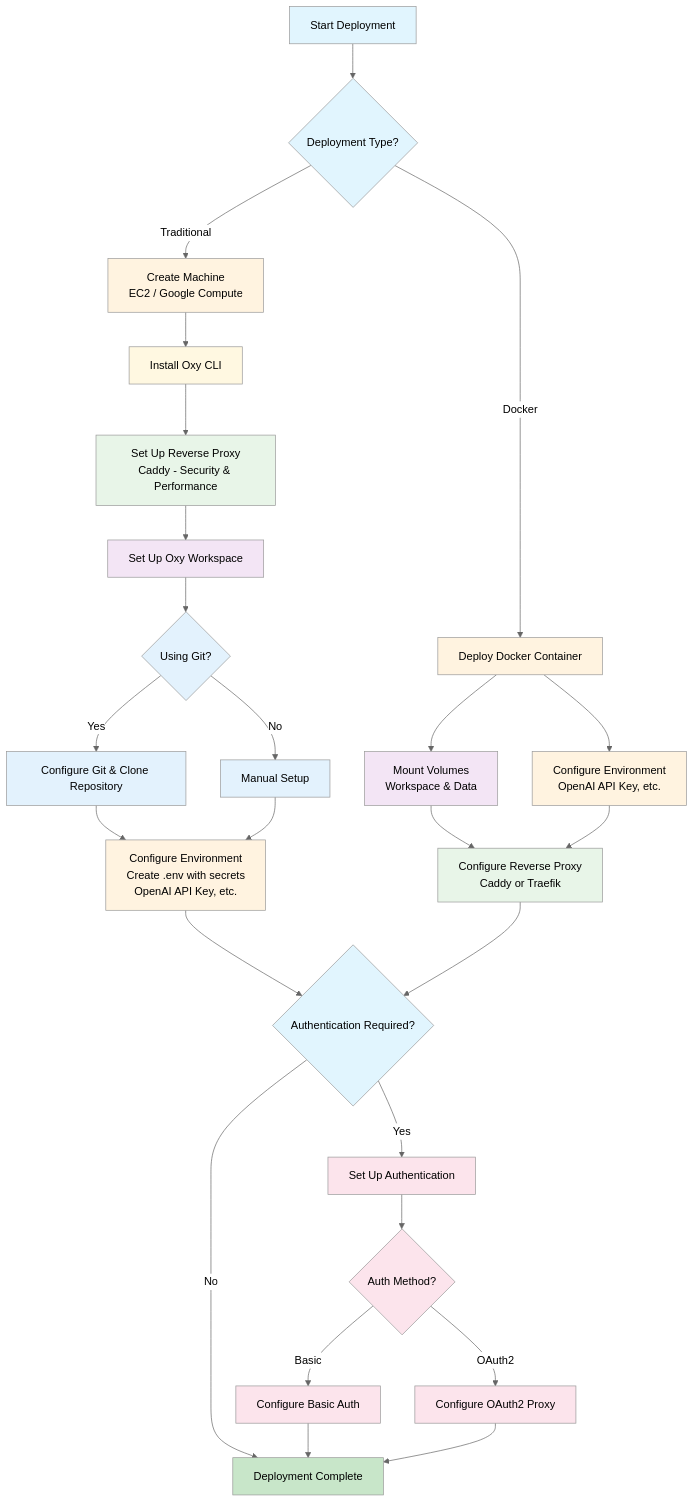
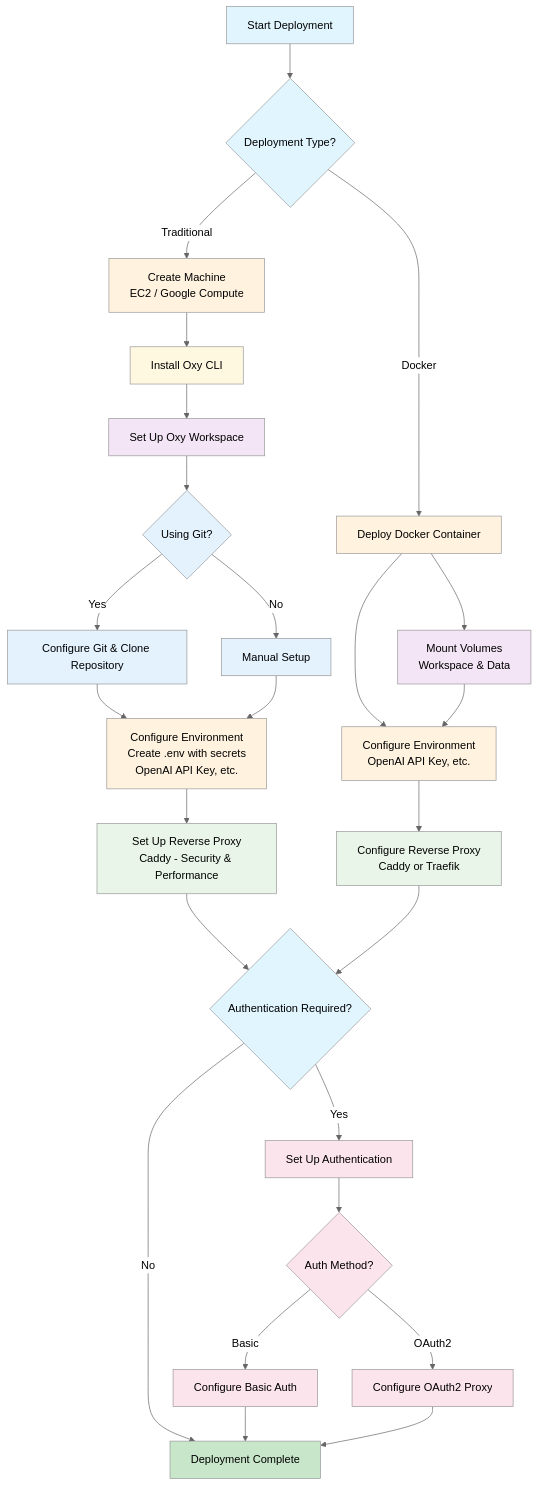
One commit to oxy-hq/oxy changed the diagram in docs/deployment/index.mdx. Above: the diagram before and after it, drawn with Mermaid (neutral theme). The commit also changed other lines of this file, not shown here.

Commit message:
docs: reorganize mermaid chart and deployment steps

````diff
--- a/docs/deployment/index.mdx
+++ b/docs/deployment/index.mdx
@@ -28,48 +28,48 @@
 ```mermaid
 flowchart TD
     A[Start Deployment] --> Z{Deployment Type?}
     Z -->|Traditional| B[Create Machine\nEC2 / Google Compute]
     Z -->|Docker| Docker[Deploy Docker Container]
     B --> C[Install Oxy CLI]
-    C --> D[Set Up Reverse Proxy\nCaddy - Security & Performance]
-    Docker --> DockerV[Mount Volumes\nWorkspace & Data]
-    Docker --> DockerE[Configure Environment\nOpenAI API Key, etc.]
-    DockerV --> DockerR[Configure Reverse Proxy\nCaddy or Traefik]
-    DockerE --> DockerR
-    D --> E[Set Up Oxy Workspace]
+    C --> E[Set Up Oxy Workspace]
     E --> F{Using Git?}
     F -->|Yes| G[Configure Git & Clone Repository]
     F -->|No| H[Manual Setup]
     G --> I[Configure Environment\nCreate .env with secrets\nOpenAI API Key, etc.]
     H --> I
-    I --> J{Authentication Required?}
+    I --> D[Set Up Reverse Proxy\nCaddy - Security & Performance]
+    Docker --> DockerV[Mount Volumes\nWorkspace & Data]
+    Docker --> DockerE[Configure Environment\nOpenAI API Key, etc.]
+    DockerE --> DockerR[Configure Reverse Proxy\nCaddy or Traefik]
+    DockerV --> DockerE
+    D --> J{Authentication Required?}
     DockerR --> J
     J -->|Yes| K[Set Up Authentication]
     J -->|No| L[Deployment Complete]
     K --> M{Auth Method?}
     M -->|Basic| N[Configure Basic Auth]
     M -->|OAuth2| O[Configure OAuth2 Proxy]
     N --> L
     O --> L
     
     style A fill:#e1f5fe
     style Z fill:#e1f5fe
     style B fill:#fff3e0
     style C fill:#fff8e1
     style D fill:#e8f5e8
     style Docker fill:#fff3e0
     style DockerV fill:#f3e5f5
     style DockerE fill:#fff3e0
     style DockerR fill:#e8f5e8
     style E fill:#f3e5f5
     style F fill:#e3f2fd
     style G fill:#e3f2fd
     style H fill:#e3f2fd
     style I fill:#fff3e0
     style J fill:#e1f5fe
     style K fill:#fce4ec
     style M fill:#fce4ec
     style N fill:#fce4ec
     style O fill:#fce4ec
     style L fill:#c8e6c9
 ```
````
